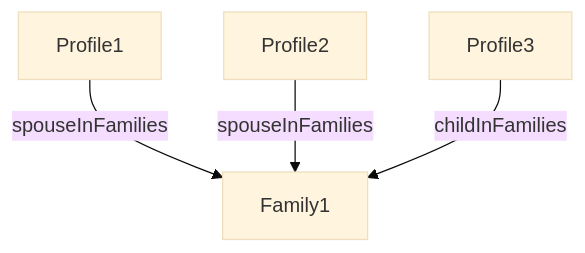
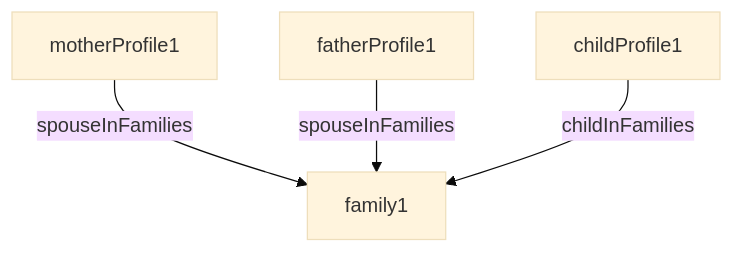
The second of 2 diagrams in README.md (Ekmansoft/family-tree-model), drawn with Mermaid (base theme) before and after one commit. The commit also changed other lines of this file, not shown here.

````diff
--- a/README.md
+++ b/README.md
@@ -56,6 +62,6 @@
-::: mermaid
+``` mermaid
   graph TD;
-      Profile1-->|spouseInFamilies|Family1;
-      Profile2-->|spouseInFamilies|Family1;
-      Profile3-->|childInFamilies|Family1;
-:::
+      motherProfile1-->|spouseInFamilies|family1;
+      fatherProfile1-->|spouseInFamilies|family1;
+      childProfile1-->|childInFamilies|family1;
+```
````
